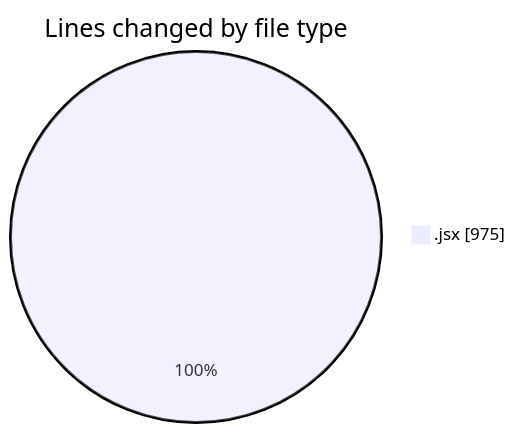
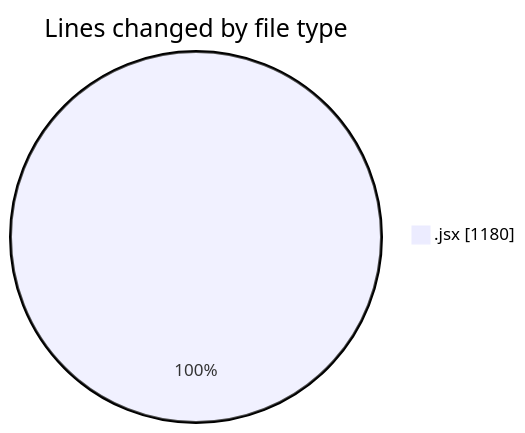
Before and after one commit to nxtqubesakshisongat/code-tracking: the first of 2 diagrams in 2025-07-24/nxtqube_webapp/README.md, drawn with Mermaid. The commit also changed other lines of this file and 1 other file, not shown here.

````diff
--- a/2025-07-24/nxtqube_webapp/README.md
+++ b/2025-07-24/nxtqube_webapp/README.md
@@ -22,5 +23,5 @@
 ```mermaid
 pie showData
 title Lines changed by file type
-".jsx" : 975
+".jsx" : 1180
 ```
````
